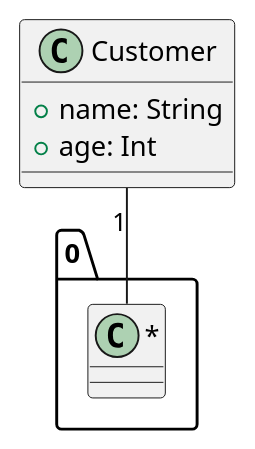
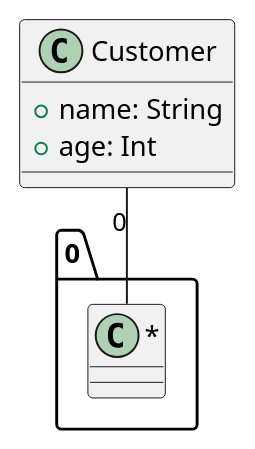
Before and after one commit to Haibrosh/OOAD_PlantUML_CICD: the diagram in docs/test-diagram.puml, drawn with PlantUML. The commit also changed 2 other files, not shown here.

```diff
--- a/docs/test-diagram.puml
+++ b/docs/test-diagram.puml
@@ -1,10 +1,8 @@
 @startuml
 
 class Customer {
     +name: String
     +age: Int
 }
-
-Customer "1" -- "0..*" 
-
+Customer "0" -- "0..*"
 @enduml
```
